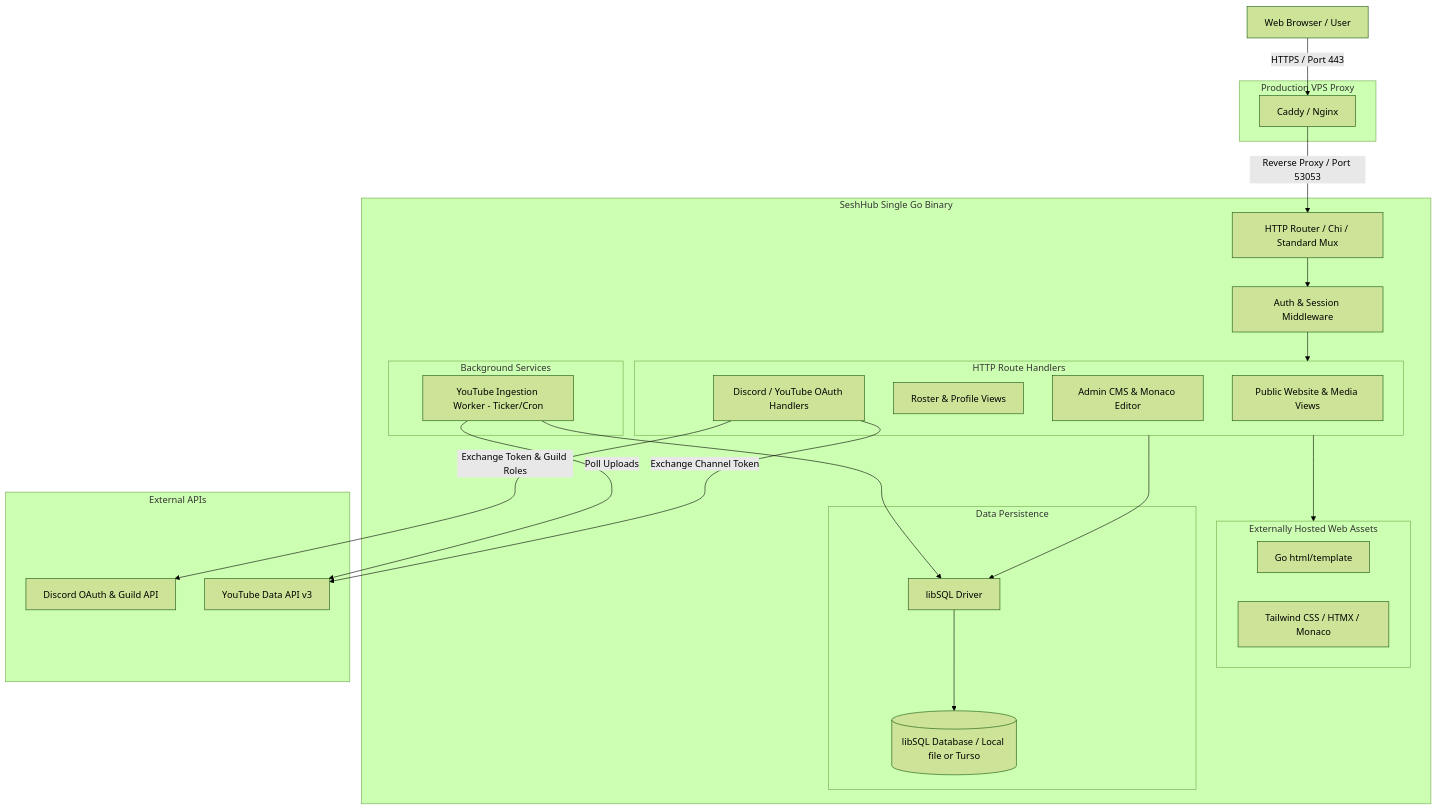
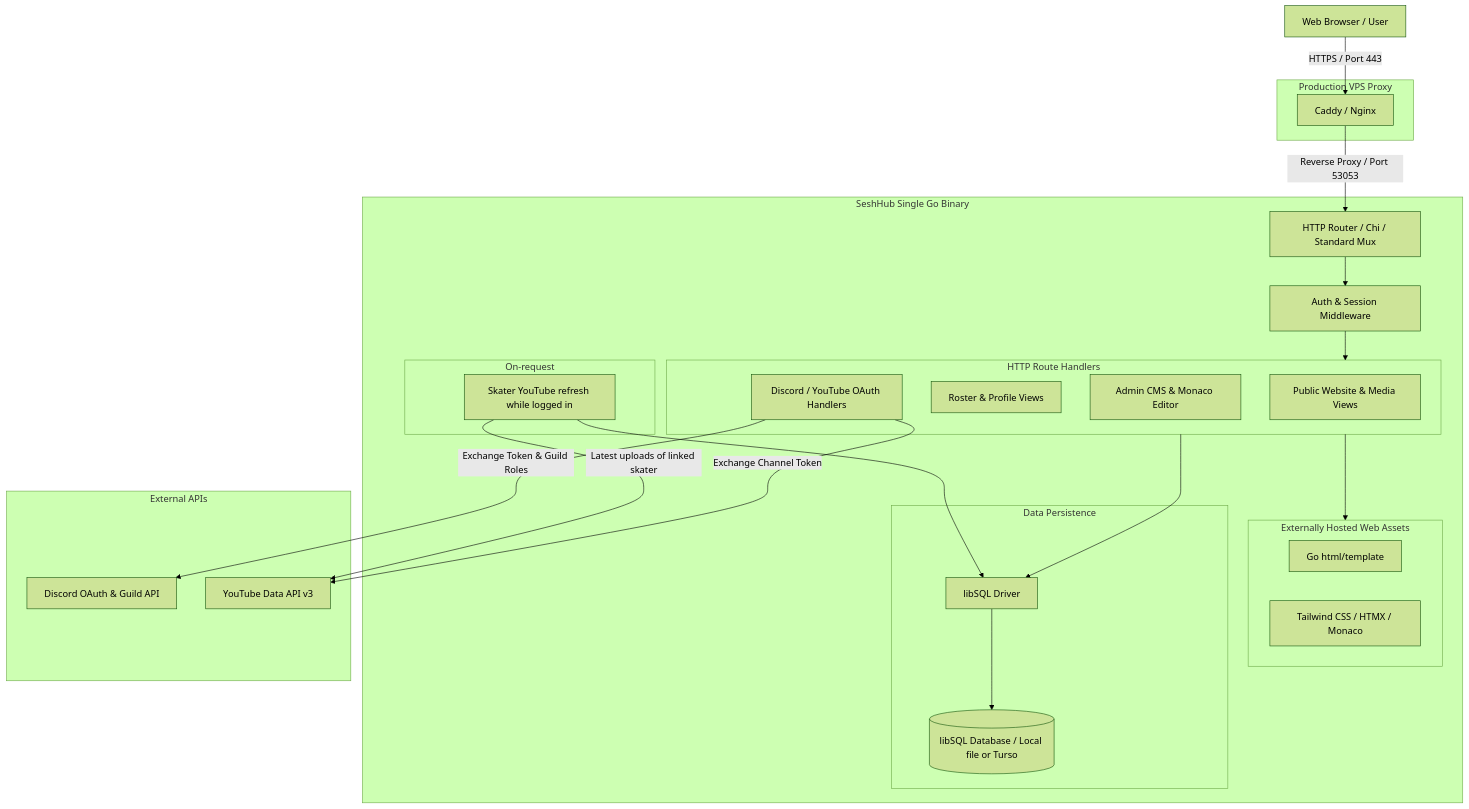
Before and after one commit to iamtew/SeshHub: the diagram in README.md, drawn with Mermaid (forest theme). The commit also changed other lines of this file and 22 other files, not shown here.

Commit message:
Replace the site-wide YouTube poller with account linking and per-skater clip sync while logged in.

````diff
--- a/README.md
+++ b/README.md
@@ -160,51 +156,51 @@
 ```mermaid
 flowchart TD
     Client[Web Browser / User]
 
     subgraph ReverseProxy [Production VPS Proxy]
         Proxy[Caddy / Nginx]
     end
 
     subgraph SeshHubBinary [SeshHub Single Go Binary]
         Router[HTTP Router / Chi / Standard Mux]
         AuthMiddleware[Auth & Session Middleware]
         
         subgraph Handlers [HTTP Route Handlers]
             PublicHandlers[Public Website & Media Views]
             SkaterHandlers[Roster & Profile Views]
             AdminHandlers[Admin CMS & Monaco Editor]
             AuthHandlers[Discord / YouTube OAuth Handlers]
         end
         
         subgraph TemplatesLayer [Externally Hosted Web Assets]
             Templates[Go html/template]
             StaticFiles[Tailwind CSS / HTMX / Monaco]
         end
 
-        subgraph BackgroundService [Background Services]
-            YTWorker[YouTube Ingestion Worker - Ticker/Cron]
+        subgraph BackgroundService [On-request]
+            YTWorker[Skater YouTube refresh while logged in]
         end
 
         subgraph StorageLayer [Data Persistence]
             DBDriver[libSQL Driver]
             SQLiteDB[(libSQL Database / Local file or Turso)]
         end
     end
 
     subgraph ExternalAPIs [External APIs]
         DiscordAPI[Discord OAuth & Guild API]
         YouTubeAPI[YouTube Data API v3]
     end
 
     Client -->|HTTPS / Port 443| Proxy
     Proxy -->|Reverse Proxy / Port 53053| Router
     Router --> AuthMiddleware
     AuthMiddleware --> Handlers
     Handlers --> TemplatesLayer
     Handlers --> DBDriver
-    YTWorker -->|Poll Uploads| YouTubeAPI
+    YTWorker -->|Latest uploads of linked skater| YouTubeAPI
     YTWorker --> DBDriver
     AuthHandlers -->|Exchange Token & Guild Roles| DiscordAPI
     AuthHandlers -->|Exchange Channel Token| YouTubeAPI
     DBDriver --> SQLiteDB
 ```
````
